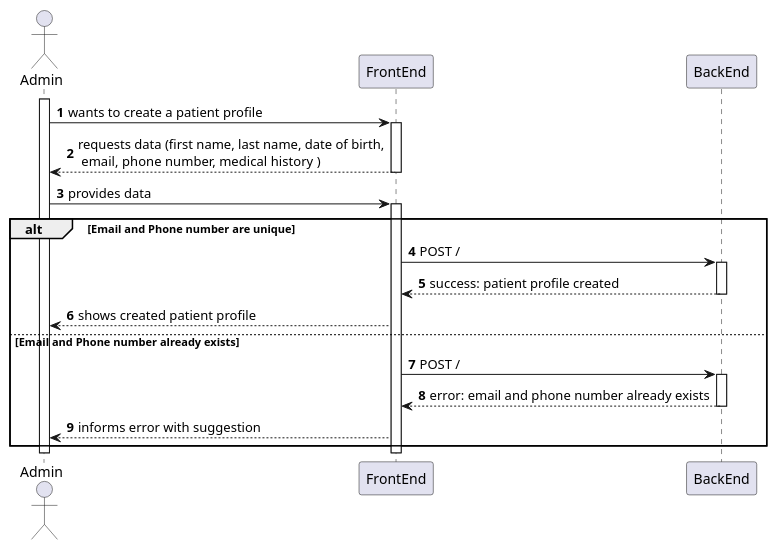
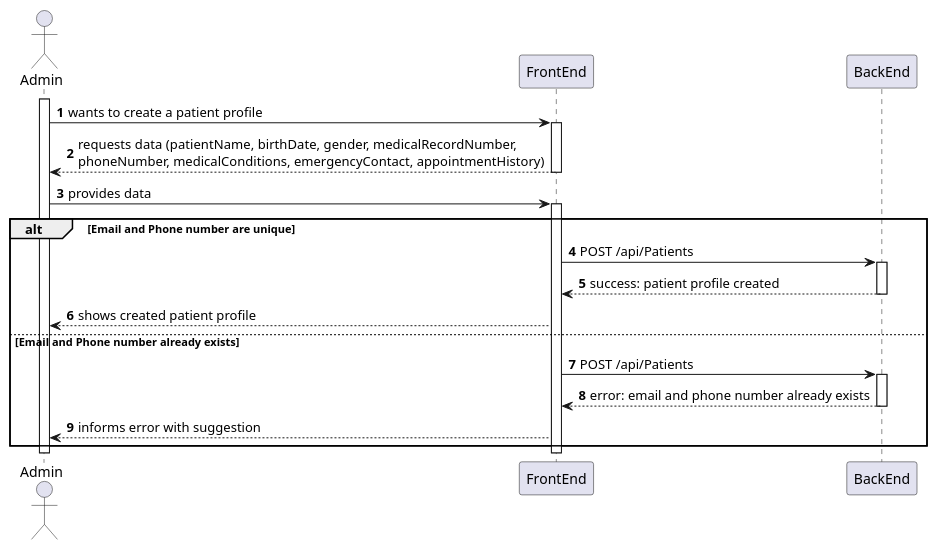
One commit to MiguelCardoso77/SurgicalSync-BackEnd changed the diagram in docs/SprintA/13-create-patient-profile/level2/process-view.puml. Above: the diagram before and after it, drawn with PlantUML. The commit also changed 1 other file, not shown here.

```diff
--- a/docs/SprintA/13-create-patient-profile/level2/process-view.puml
+++ b/docs/SprintA/13-create-patient-profile/level2/process-view.puml
@@ -1,38 +1,38 @@
 @startuml
 autonumber
 
 actor "Admin" as USER
 
 participant "FrontEnd" as FE
 participant "BackEnd" as BE
 
 activate USER
 
     USER -> FE: wants to create a patient profile
     activate FE
 
-        FE --> USER : requests data (first name, last name, date of birth,\n email, phone number, medical history )
+        FE --> USER : requests data (patientName, birthDate, gender, medicalRecordNumber,\nphoneNumber, medicalConditions, emergencyContact, appointmentHistory)
     deactivate FE
         
     USER -> FE : provides data
     activate FE
         alt Email and Phone number are unique
-            FE -> BE : POST /
+            FE -> BE : POST /api/Patients
             activate BE
             
                 BE --> FE : success: patient profile created 
             deactivate BE
             USER <-- FE : shows created patient profile
             
         else Email and Phone number already exists
-            FE -> BE : POST / 
+            FE -> BE : POST /api/Patients
             activate BE
             
                 BE --> FE : error: email and phone number already exists
             deactivate BE
             USER <-- FE : informs error with suggestion
         end
     deactivate FE
 deactivate USER
 
 @enduml
```
